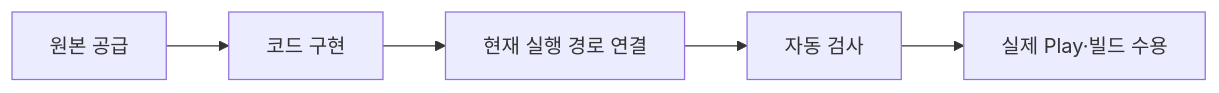
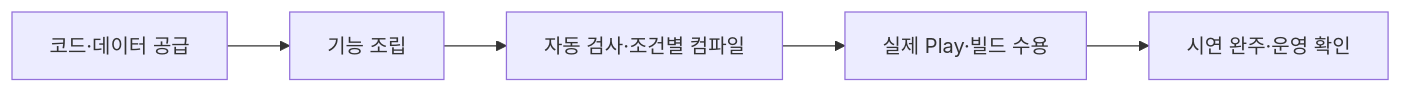
The diagram in Docs/개발자용 설계문서/현재 구현과 검증 현황.md (lkhwcf-arch/Human_Ghost-), drawn with Mermaid before and after one commit. The commit also changed other lines of this file and 22 other files, not shown here.

````diff
--- a/Docs/개발자용 설계문서/현재 구현과 검증 현황.md
+++ b/Docs/개발자용 설계문서/현재 구현과 검증 현황.md
@@ -129,7 +18,7 @@
-~~~mermaid
+```mermaid
 flowchart LR
-    A[원본 공급] --> B[코드 구현]
-    B --> C[현재 실행 경로 연결]
-    C --> D[자동 검사]
-    D --> E[실제 Play·빌드 수용]
-~~~
+    A[코드·데이터 공급] --> B[기능 조립]
+    B --> C[자동 검사·조건별 컴파일]
+    C --> D[실제 Play·빌드 수용]
+    D --> E[시연 완주·운영 확인]
+```
````
